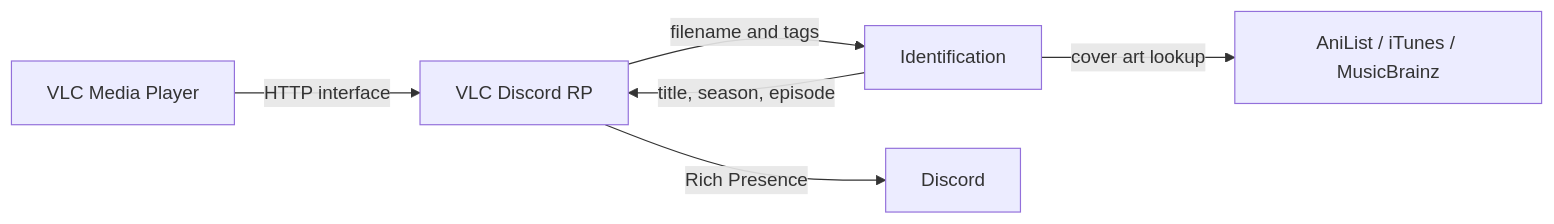
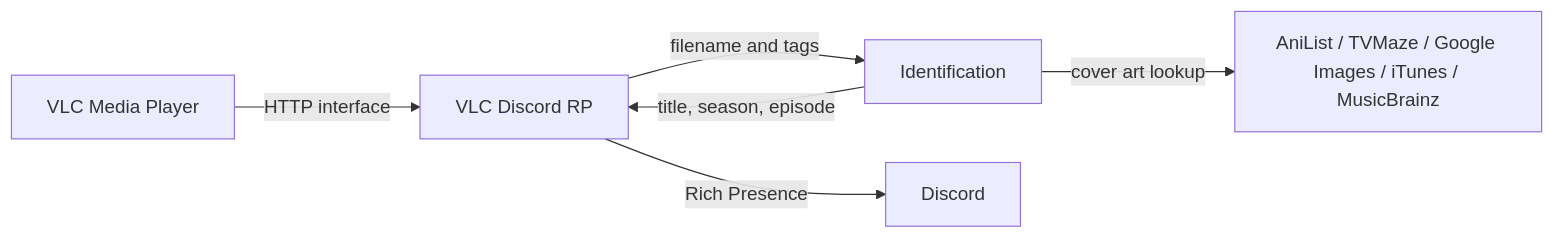
The diagram in README.md (Saicooh/vlc-rpc), drawn with Mermaid before and after one commit. The commit also changed other lines of this file and 2 other files, not shown here.

````diff
--- a/README.md
+++ b/README.md
@@ -21,8 +43,8 @@
 ```mermaid
 graph LR
     A[VLC Media Player] -->|HTTP interface| B[VLC Discord RP]
     B -->|filename and tags| D[Identification]
     D -->|title, season, episode| B
-    D -->|cover art lookup| E[AniList / iTunes / MusicBrainz]
+    D -->|cover art lookup| E[AniList / TVMaze / Google Images / iTunes / MusicBrainz]
     B -->|Rich Presence| C[Discord]
 ```
````
